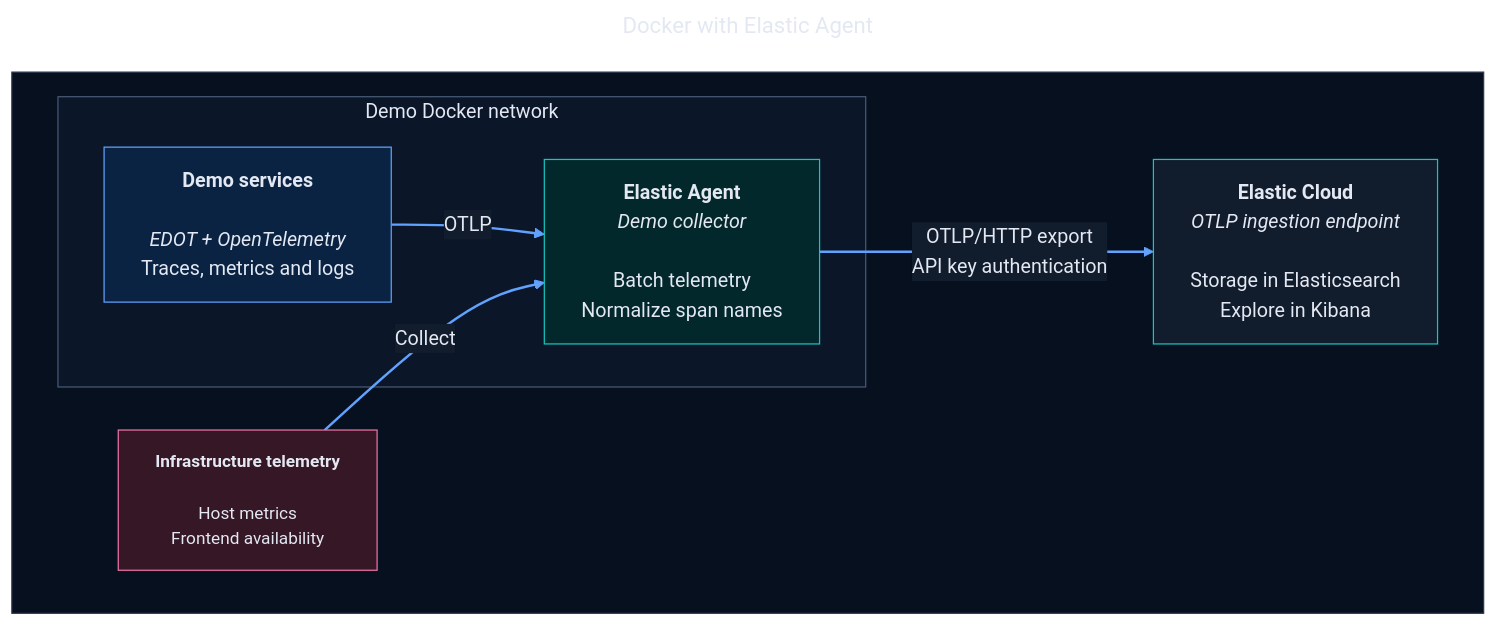
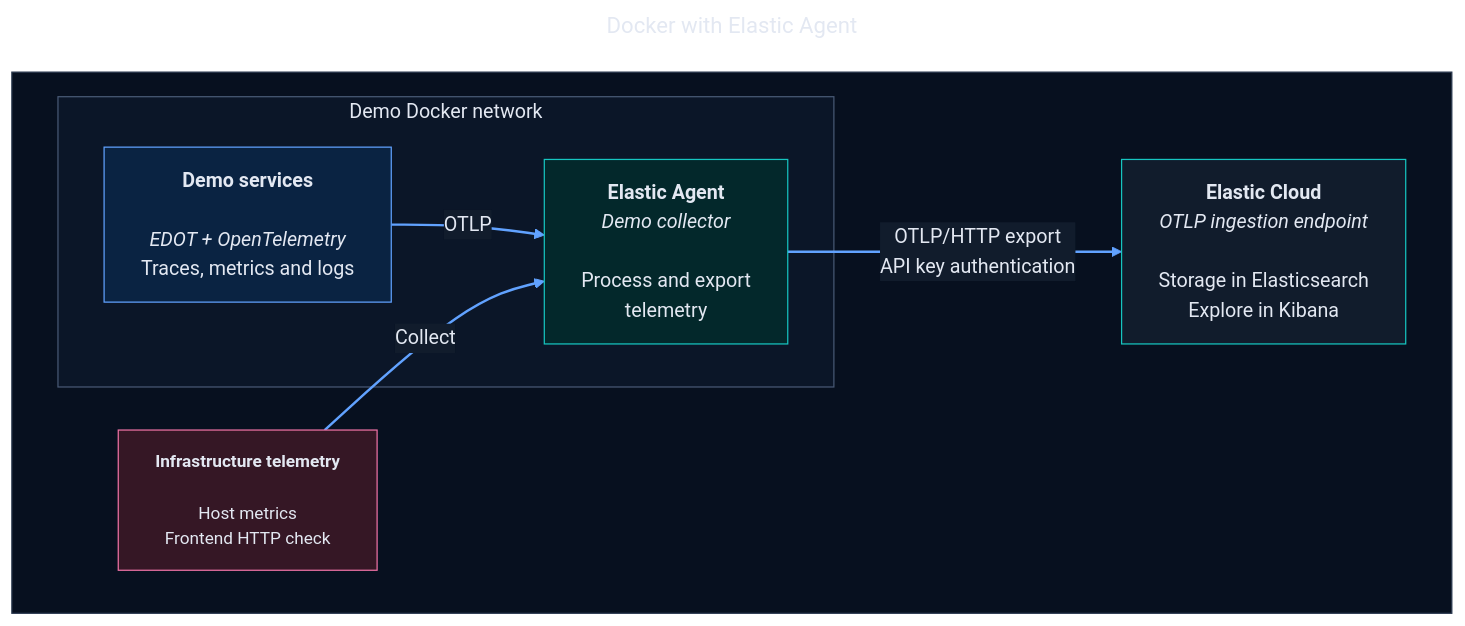
One commit to osullivandonal/opentelemetry-demo changed the first of 5 diagrams in .github/README.md. Above: the diagram before and after it, drawn with Mermaid. The commit also changed other lines of this file and 5 other files, not shown here.

Commit message:
docs: refresh Elastic demo screenshots and guidance

````diff
--- a/.github/README.md
+++ b/.github/README.md
@@ -109,32 +113,32 @@
 ```mermaid
 ---
 title: Docker with Elastic Agent
 ---
 %%{init: {"theme": "base", "flowchart": {"htmlLabels": true, "titleTopMargin": 24}, "markdownAutoWrap": false, "themeVariables": {"darkMode": true, "fontSize": "16px", "background": "#07101F", "primaryColor": "#0A2342", "primaryTextColor": "#E3E8F2", "primaryBorderColor": "#61A2FF", "lineColor": "#61A2FF", "textColor": "#E3E8F2", "edgeLabelBackground": "#111C2C", "clusterBkg": "#0B1628", "clusterBorder": "#485975"}}}%%
 flowchart LR
     subgraph ARCH[" "]
         direction LR
         subgraph DEMO["Demo Docker network"]
             APP["<b>Demo services</b><br/><br/><i>EDOT + OpenTelemetry</i><br/>Traces, metrics and logs"]
-            COLLECTOR["<b>Elastic Agent</b><br/><i>Demo collector</i><br/><br/>Batch telemetry<br/>Normalize span names"]
+            COLLECTOR["<b>Elastic Agent</b><br/><i>Demo collector</i><br/><br/>Process and export<br/>telemetry"]
             APP -->|OTLP| COLLECTOR
         end
-        HOST["<b>Infrastructure telemetry</b><br/><br/>Host metrics<br/>Frontend availability"]
+        HOST["<b>Infrastructure telemetry</b><br/><br/>Host metrics<br/>Frontend HTTP check"]
         HOST -->|Collect| COLLECTOR
         CLOUD["<b>Elastic Cloud</b><br/><i>OTLP ingestion endpoint</i><br/><br/>Storage in Elasticsearch<br/>Explore in Kibana"]
         COLLECTOR -->|"OTLP/HTTP export<br/>API key authentication"| CLOUD
     end
 
     class APP application
     class COLLECTOR agent
     class HOST source
     class CLOUD backend
     style DEMO fill:#0B1628,stroke:#485975,color:#E3E8F2
     classDef application fill:#0A2342,stroke:#61A2FF,color:#E3E8F2,font-size:16px
     classDef agent fill:#03282B,stroke:#16C5C0,color:#E3E8F2,font-size:16px
     classDef source fill:#351725,stroke:#EE72A6,color:#E3E8F2,font-size:14px
     classDef backend fill:#111C2C,stroke:#16C5C0,color:#E3E8F2,font-size:16px
 
     style ARCH fill:#07101F,stroke:#2B394F,color:#E3E8F2
     linkStyle default stroke:#61A2FF,stroke-width:2px
 ```
````
